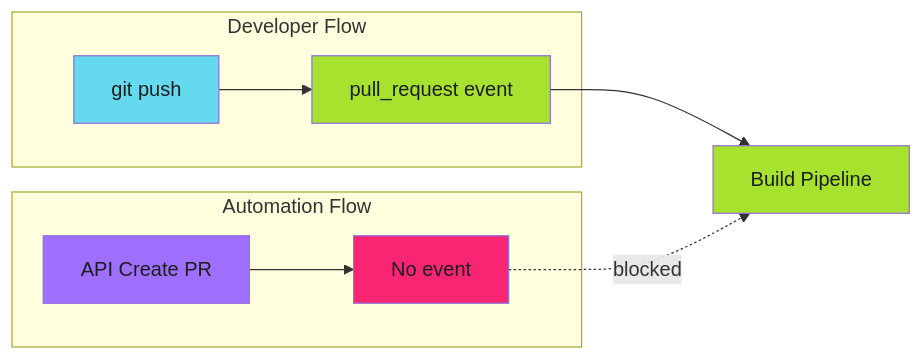
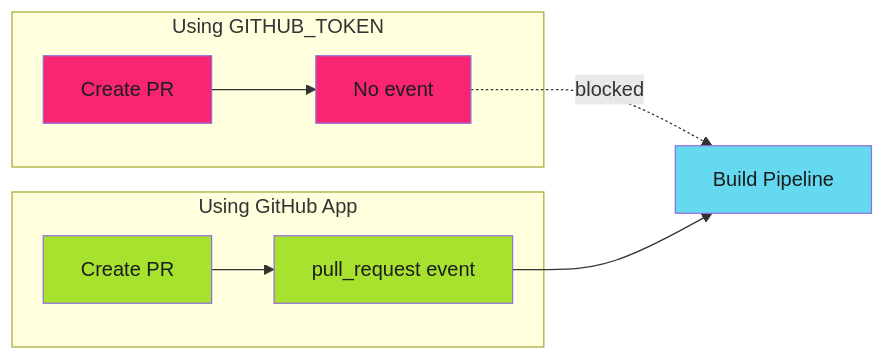
One commit to adaptive-enforcement-lab/adaptive-enforcement-lab-com changed the diagram in docs/operator-manual/github-actions/use-cases/release-pipelines/workflow-triggers.md. Above: the diagram before and after it, drawn with Mermaid. The commit also changed other lines of this file and 4 other files, not shown here.

First line of the commit message:
docs: correct release-please guidance to use GitHub App tokens (#52)

````diff
--- a/docs/operator-manual/github-actions/use-cases/release-pipelines/workflow-triggers.md
+++ b/docs/operator-manual/github-actions/use-cases/release-pipelines/workflow-triggers.md
@@ -11,19 +11,19 @@
 ```mermaid
 flowchart LR
-    subgraph developer[Developer Flow]
-        D1[git push] --> D2[pull_request event]
+    subgraph token[Using GITHUB_TOKEN]
+        T1[Create PR] --> T2[No event]
     end
 
-    subgraph automation[Automation Flow]
-        A1[API Create PR] --> A2[No event]
+    subgraph app[Using GitHub App]
+        A1[Create PR] --> A2[pull_request event]
     end
 
-    D2 --> Build[Build Pipeline]
-    A2 -.->|blocked| Build
+    T2 -.->|blocked| Build[Build Pipeline]
+    A2 --> Build
 
-    style D1 fill:#65d9ef,color:#1b1d1e
-    style D2 fill:#a7e22e,color:#1b1d1e
-    style A1 fill:#9e6ffe,color:#1b1d1e
-    style A2 fill:#f92572,color:#1b1d1e
-    style Build fill:#a7e22e,color:#1b1d1e
+    style T1 fill:#f92572,color:#1b1d1e
+    style T2 fill:#f92572,color:#1b1d1e
+    style A1 fill:#a7e22e,color:#1b1d1e
+    style A2 fill:#a7e22e,color:#1b1d1e
+    style Build fill:#65d9ef,color:#1b1d1e
 ```
````
